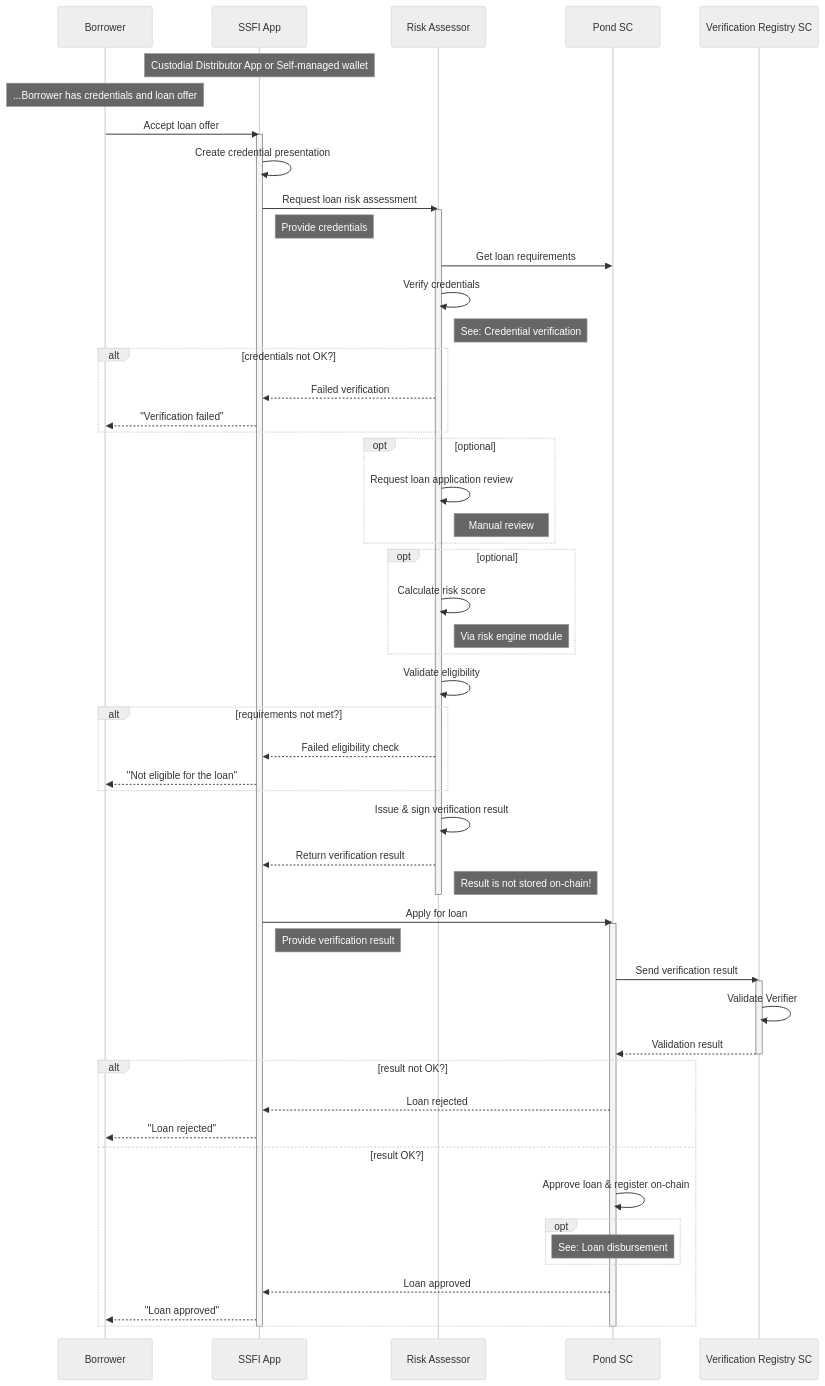
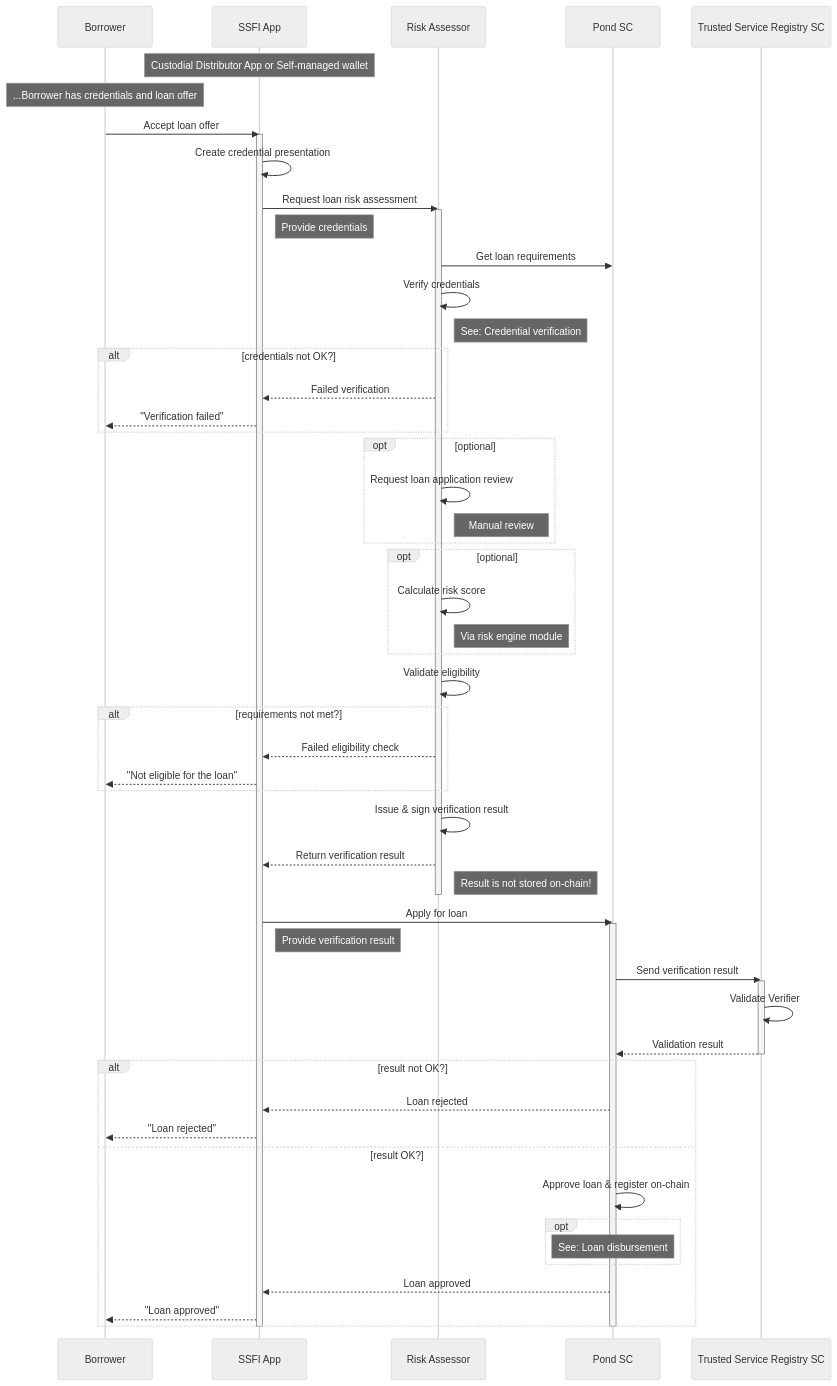
The diagram in flows/C-Risk-Mgmt-3-Loan-Approval.md (growr-xyz/growr-documentation), drawn with Mermaid (neutral theme) before and after one commit. The commit also changed other lines of this file and 23 other files, not shown here.

````diff
--- a/flows/C-Risk-Mgmt-3-Loan-Approval.md
+++ b/flows/C-Risk-Mgmt-3-Loan-Approval.md
@@ -3,61 +3,61 @@
 ```mermaid
 sequenceDiagram
     participant Borrower
     participant SSFI App
     participant Risk Assessor
     participant Pond SC
-    participant Verification Registry SC
+    participant Trusted Service Registry SC
     Note over SSFI App: Custodial Distributor App or Self-managed wallet
     Note over Borrower: ...Borrower has credentials and loan offer
     Borrower->>SSFI App: Accept loan offer
     activate SSFI App
     SSFI App->>SSFI App: Create credential presentation
     SSFI App->>Risk Assessor: Request loan risk assessment
     activate Risk Assessor
     Note right of SSFI App: Provide credentials
     Risk Assessor->>Pond SC: Get loan requirements
     Risk Assessor->>Risk Assessor: Verify credentials
     Note right of Risk Assessor: See: Credential verification
     alt credentials not OK?
         Risk Assessor-->>SSFI App: Failed verification
         SSFI App-->>Borrower: "Verification failed"
     end
     opt optional
         Risk Assessor->>Risk Assessor: Request loan application review
         Note right of Risk Assessor: Manual review
     end
     opt optional
         Risk Assessor->>Risk Assessor: Calculate risk score
         Note right of Risk Assessor: Via risk engine module
     end
     Risk Assessor->>Risk Assessor: Validate eligibility
     alt requirements not met?
         Risk Assessor-->>SSFI App: Failed eligibility check
         SSFI App-->>Borrower: "Not eligible for the loan"
     end
     Risk Assessor->>Risk Assessor: Issue & sign verification result
     Risk Assessor-->>SSFI App: Return verification result
     Note right of Risk Assessor: Result is not stored on-chain!
     deactivate Risk Assessor
     SSFI App->>Pond SC: Apply for loan
     activate Pond SC
     Note right of SSFI App: Provide verification result
-    Pond SC->>Verification Registry SC: Send verification result
-    activate Verification Registry SC
-    Verification Registry SC->>Verification Registry SC: Validate Verifier
-    Verification Registry SC-->>Pond SC: Validation result
-    deactivate Verification Registry SC
+    Pond SC->>Trusted Service Registry SC: Send verification result
+    activate Trusted Service Registry SC
+    Trusted Service Registry SC->>Trusted Service Registry SC: Validate Verifier
+    Trusted Service Registry SC-->>Pond SC: Validation result
+    deactivate Trusted Service Registry SC
     alt result not OK?
         Pond SC-->>SSFI App: Loan rejected
         SSFI App-->>Borrower: "Loan rejected"
     else result OK?
         Pond SC->>Pond SC: Approve loan & register on-chain
         opt
             Note over Pond SC: See: Loan disbursement
         end
         Pond SC-->>SSFI App: Loan approved
         SSFI App-->>Borrower: "Loan approved"
     end
     deactivate Pond SC
     deactivate SSFI App
 ```
````
